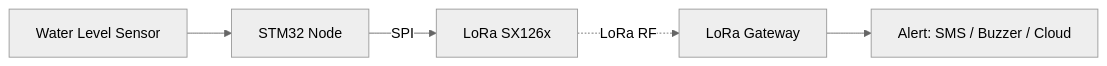
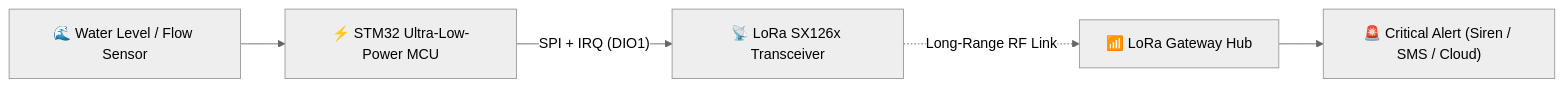
Before and after one commit to Arkarchanmyae123/Arkarchanmyae123: the diagram in README.md, drawn with Mermaid (neutral theme). The commit also changed other lines of this file, not shown here.

````diff
--- a/README.md
+++ b/README.md
@@ -106,7 +128,7 @@
 ```mermaid
 flowchart LR
-    A[Water Level Sensor] --> B[STM32 Node]
-    B -- SPI --> C[LoRa SX126x]
-    C -. LoRa RF .-> D[LoRa Gateway]
-    D --> E[Alert: SMS / Buzzer / Cloud]
+    A["🌊 Water Level / Flow Sensor"] --> B["⚡ STM32 Ultra-Low-Power MCU"]
+    B -- "SPI + IRQ (DIO1)" --> C["📡 LoRa SX126x Transceiver"]
+    C -. "Long-Range RF Link" .-> D["📶 LoRa Gateway Hub"]
+    D --> E["🚨 Critical Alert (Siren / SMS / Cloud)"]
 ```
````
